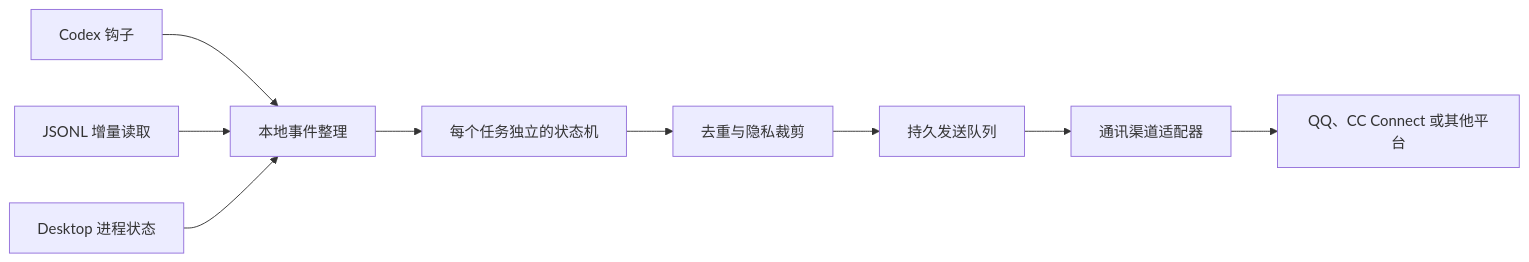
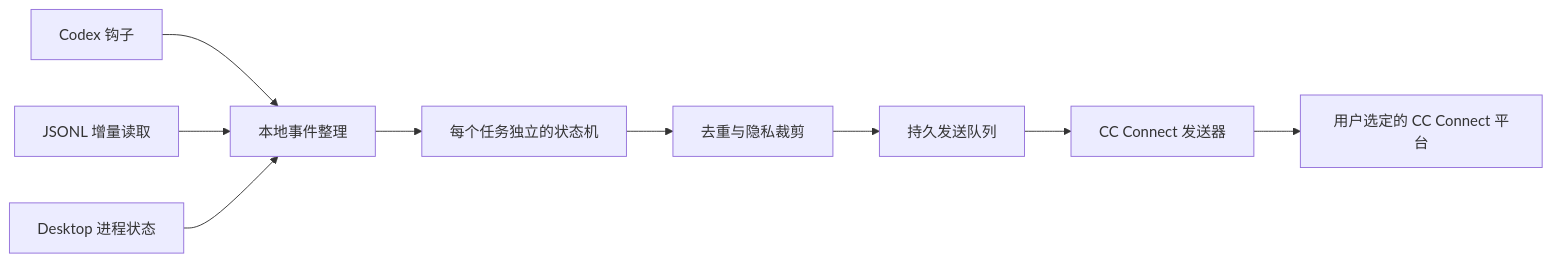
One commit to IIMovoMII/codex-desktop-notification-field-guide changed the diagram in README.zh-CN.md. Above: the diagram before and after it, drawn with Mermaid. The commit also changed other lines of this file and 9 other files, not shown here.

```diff
--- a/README.zh-CN.md
+++ b/README.zh-CN.md
@@ -62,11 +62,11 @@
 ~~~mermaid
 flowchart LR
     H[Codex 钩子] --> N[本地事件整理]
     J[JSONL 增量读取] --> N
     P[Desktop 进程状态] --> N
     N --> S[每个任务独立的状态机]
     S --> D[去重与隐私裁剪]
     D --> O[持久发送队列]
-    O --> A[通讯渠道适配器]
-    A --> Q[QQ、CC Connect 或其他平台]
+    O --> A[CC Connect 发送器]
+    A --> Q[用户选定的 CC Connect 平台]
 ~~~
```
